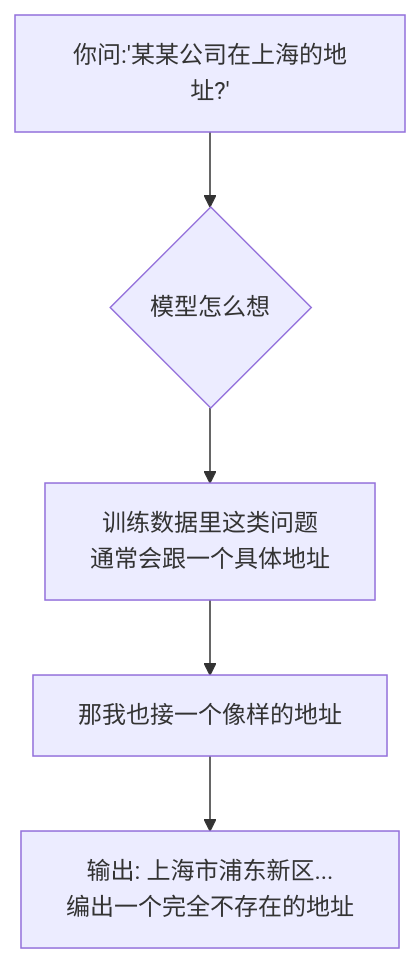
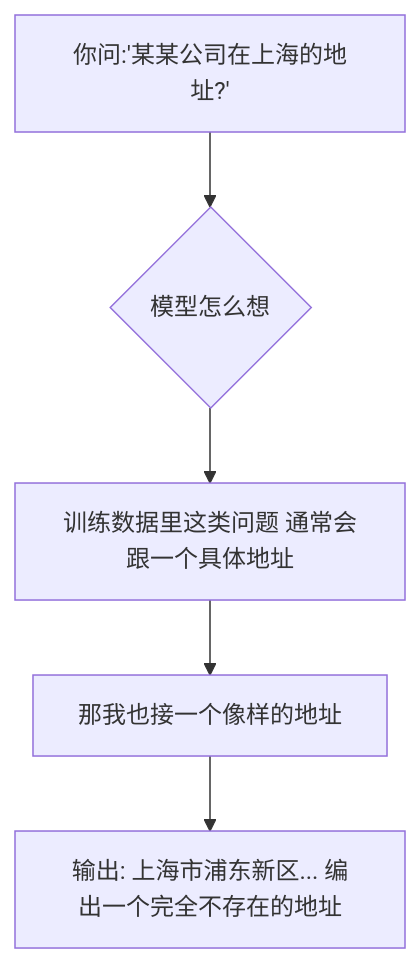
Diagram 25 of 32 in docs/md/ai/ai-llm.md (fuzhengwei/CodeGuide), drawn with Mermaid before and after one commit. The commit also changed other lines of this file, not shown here.

````diff
--- a/docs/md/ai/ai-llm.md
+++ b/docs/md/ai/ai-llm.md
@@ -1043,7 +1043,7 @@
 ```mermaid
 graph TB
     A["你问:'某某公司在上海的地址?'"] --> B{模型怎么想}
-    B --> C["训练数据里这类问题<br/>通常会跟一个具体地址"]
+    B --> C["训练数据里这类问题 通常会跟一个具体地址"]
     C --> D[那我也接一个像样的地址]
-    D --> E["输出: 上海市浦东新区...<br/>编出一个完全不存在的地址"]
+    D --> E["输出: 上海市浦东新区... 编出一个完全不存在的地址"]
 ```
````
